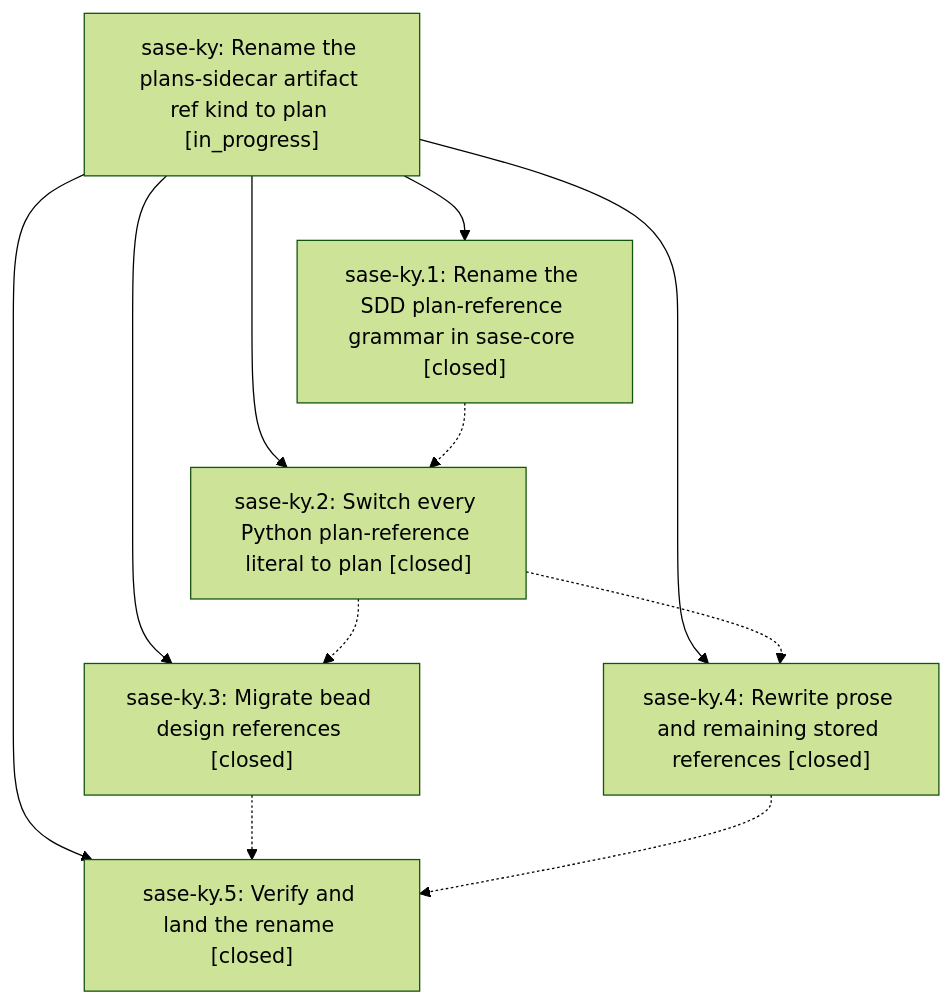
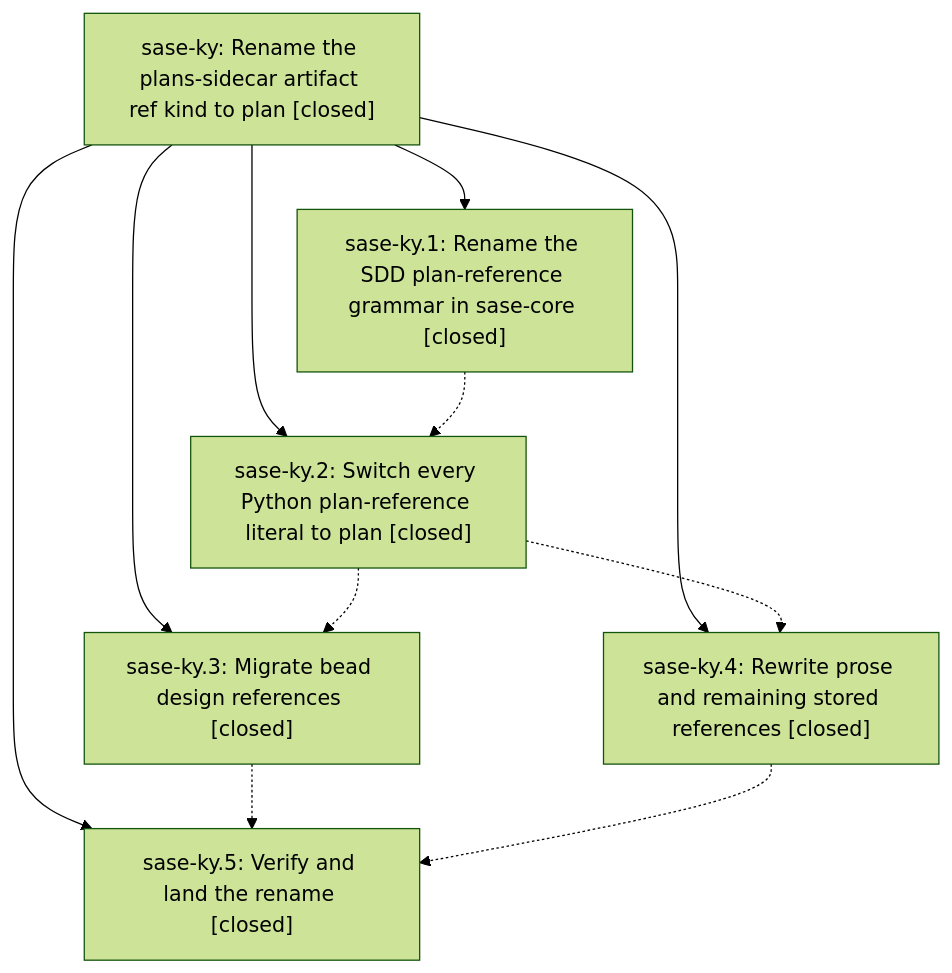
The diagram in pages/sase-ky/README.md (sase-org/sase--beads), drawn with Mermaid (forest theme) before and after one commit. The commit also changed other lines of this file, not shown here.

First line of the commit message:
chore(beads): sync bead state and pages for sase-ky

````diff
--- a/pages/sase-ky/README.md
+++ b/pages/sase-ky/README.md
@@ -30,19 +50,19 @@
 ```mermaid
 flowchart TD
-    n0["sase-ky: Rename the plans-sidecar artifact ref kind to plan [in_progress]"]
+    n0["sase-ky: Rename the plans-sidecar artifact ref kind to plan [closed]"]
     n1["sase-ky.1: Rename the SDD plan-reference grammar in sase-core [closed]"]
     n2["sase-ky.2: Switch every Python plan-reference literal to plan [closed]"]
     n3["sase-ky.3: Migrate bead design references [closed]"]
     n4["sase-ky.4: Rewrite prose and remaining stored references [closed]"]
     n5["sase-ky.5: Verify and land the rename [closed]"]
     n0 --> n1
     n0 --> n2
     n0 --> n3
     n0 --> n4
     n0 --> n5
     n1 -.-> n2
     n2 -.-> n3
     n2 -.-> n4
     n3 -.-> n5
     n4 -.-> n5
 ```
````
